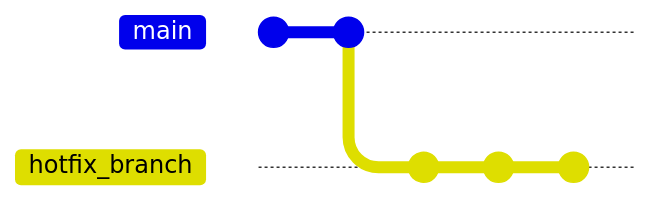
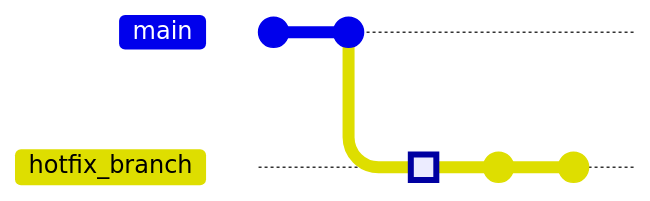
One commit to jsaenz-endava/git-challenge-2023-1 changed the first of 2 diagrams in Git flow hotfix.md. Above: the diagram before and after it, drawn with Mermaid. The commit also changed other lines of this file, not shown here. Commit ids are hidden.

Commit message:
The hotfix file is finished

````diff
--- a/Git flow hotfix.md
+++ b/Git flow hotfix.md
@@ -27,9 +28,9 @@
 ```mermaid
     gitGraph
     commit
     commit
     branch hotfix_branch
-    commit
+    commit id: "First hotfix" type: HIGHLIGHT
     commit
     commit
 ```
````
